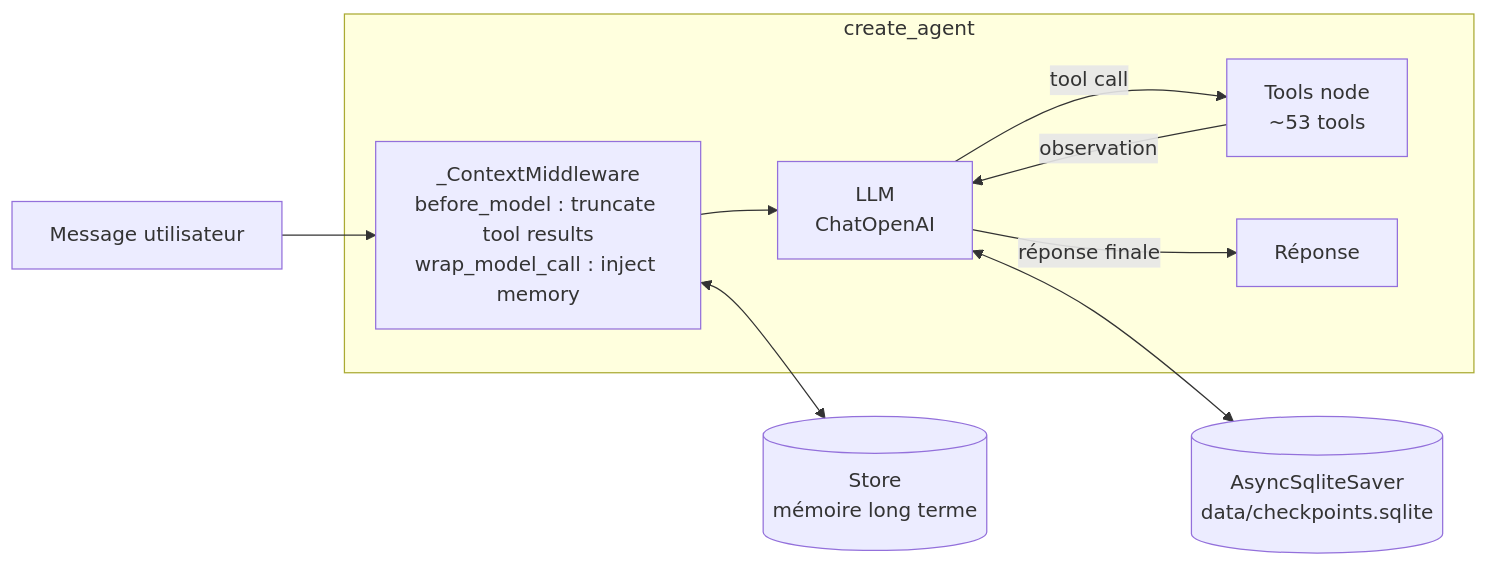
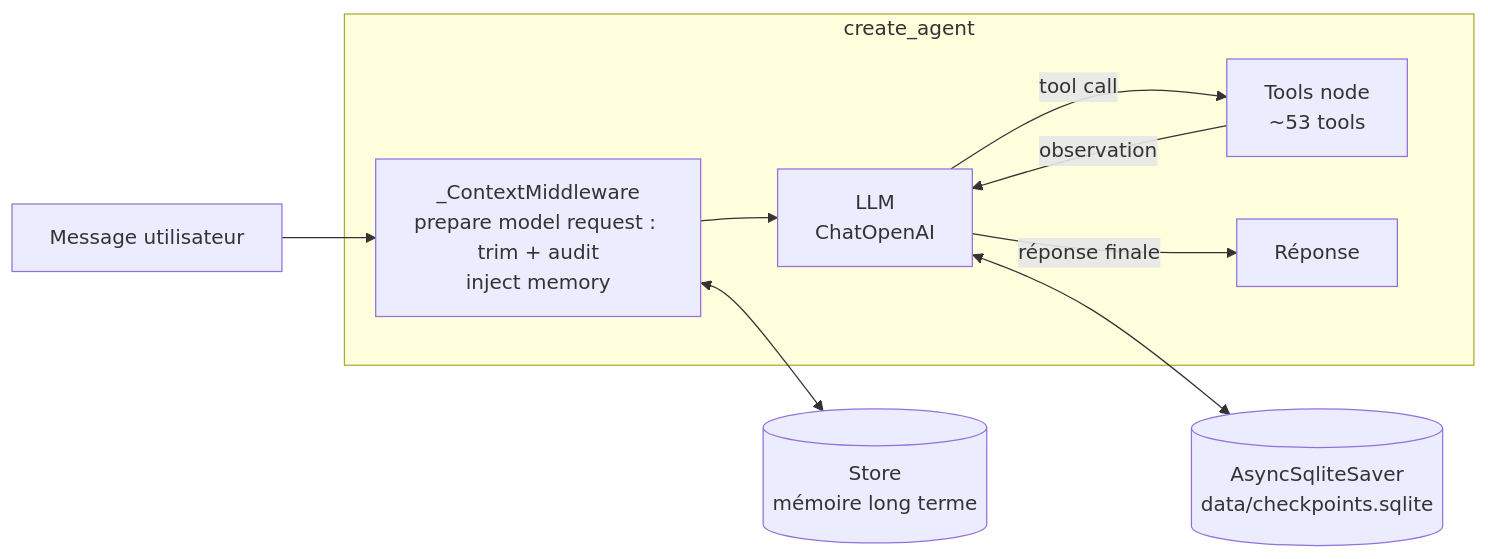
The second of 2 diagrams in ARCHITECTURE.md (TidianeCisse777/IDEA), drawn with Mermaid before and after one commit. The commit also changed other lines of this file and 3 other files, not shown here.

Commit message:
fix(agent): apply context limits to model requests

````diff
--- a/ARCHITECTURE.md
+++ b/ARCHITECTURE.md
@@ -76,19 +76,19 @@
 ```mermaid
 flowchart LR
     IN[Message utilisateur] --> HOOK
 
     subgraph Agent["create_agent"]
-        HOOK["_ContextMiddleware<br/>before_model : truncate tool results<br/>wrap_model_call : inject memory"]
+        HOOK["_ContextMiddleware<br/>prepare model request : trim + audit<br/>inject memory"]
         MODEL["LLM<br/>ChatOpenAI"]
         TOOLS["Tools node<br/>~53 tools"]
         HOOK --> MODEL
         MODEL -->|tool call| TOOLS
         TOOLS -->|observation| MODEL
         MODEL -->|réponse finale| OUT[Réponse]
     end
 
     CKPT[("AsyncSqliteSaver<br/>data/checkpoints.sqlite")]
     STORE[("Store<br/>mémoire long terme")]
     MODEL <--> CKPT
     HOOK <--> STORE
 ```
````
